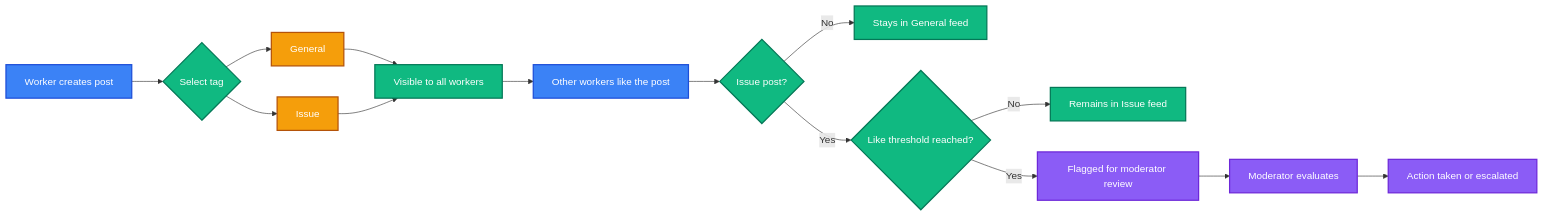
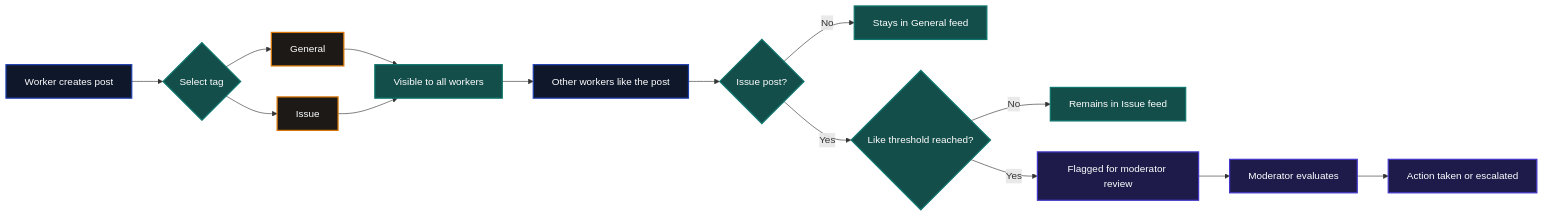
The second of 3 diagrams in README.md (kirithic-0/KavachPay-), drawn with Mermaid before and after one commit. The commit also changed other lines of this file, not shown here.

````diff
--- a/README.md
+++ b/README.md
@@ -97,21 +96,21 @@
 ```mermaid
 graph LR
-    classDef user fill:#3b82f6,stroke:#1d4ed8,stroke-width:2px,color:#fff;
-    classDef mod fill:#8b5cf6,stroke:#6d28d9,stroke-width:2px,color:#fff;
-    classDef system fill:#10b981,stroke:#047857,stroke-width:2px,color:#fff;
-    classDef tag fill:#f59e0b,stroke:#b45309,stroke-width:2px,color:#fff;
+    classDef user fill:#0f172a,stroke:#1e40af,stroke-width:2px,color:#fff;
+    classDef mod fill:#1e1b4b,stroke:#4338ca,stroke-width:2px,color:#fff;
+    classDef system fill:#134e4a,stroke:#0f766e,stroke-width:2px,color:#fff;
+    classDef tag fill:#1c1917,stroke:#d97706,stroke-width:2px,color:#fff;
 
     A[Worker creates post]:::user --> B{Select tag}:::system
     B --> C[General]:::tag
     B --> D[Issue]:::tag
     C --> E[Visible to all workers]:::system
     D --> E
     E --> F[Other workers like the post]:::user
     F --> G{Issue post?}:::system
     G -- No --> H[Stays in General feed]:::system
     G -- Yes --> I{Like threshold reached?}:::system
     I -- No --> J[Remains in Issue feed]:::system
     I -- Yes --> K[Flagged for moderator review]:::mod
     K --> L[Moderator evaluates]:::mod
     L --> M[Action taken or escalated]:::mod
 ```
````
